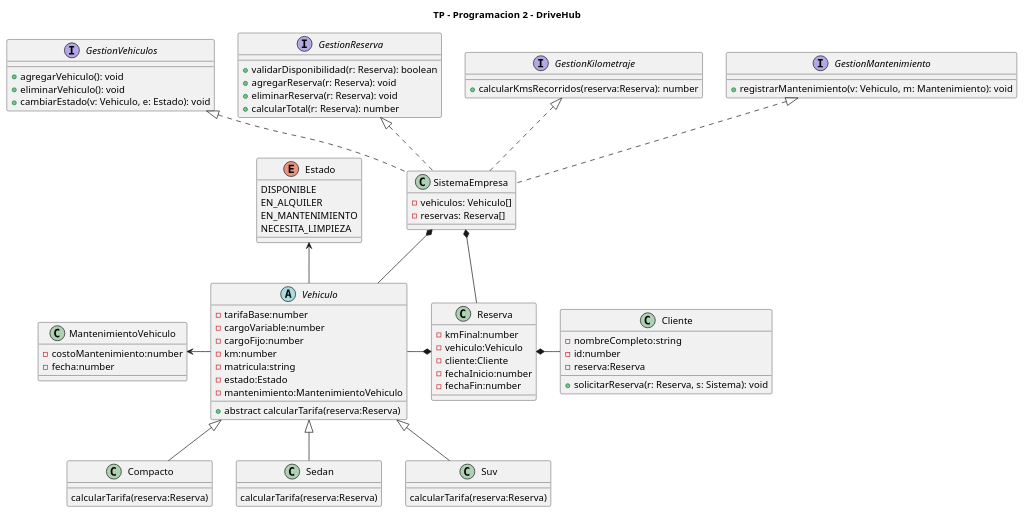
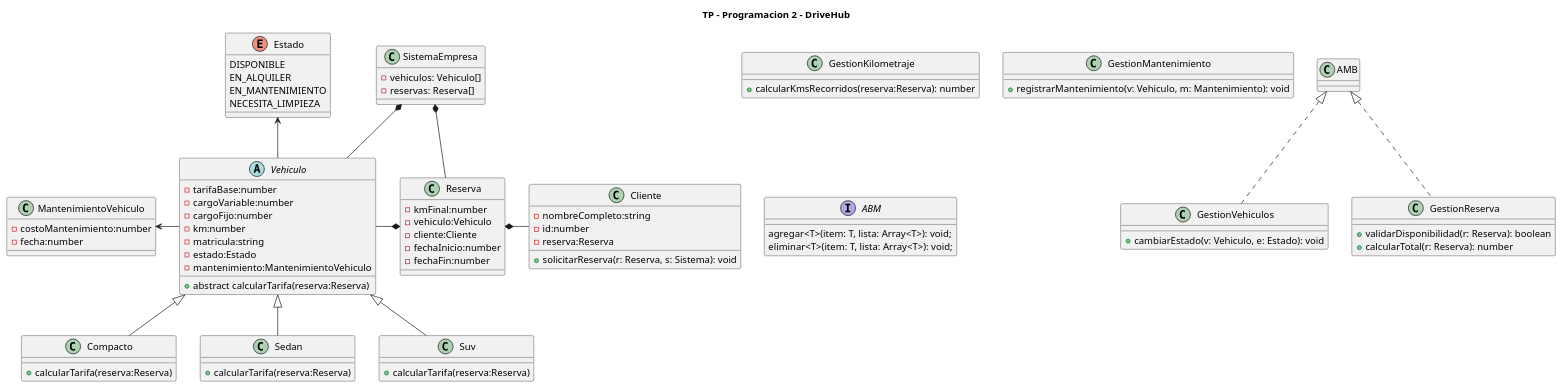
Before and after one commit to LauEroles/TP-Progra2-DriveHub: the diagram in Diagramas/diagramaClases-DriveHub.puml, drawn with PlantUML. The commit also changed 2 other files, not shown here.

Commit message:
agrego interfaz amb, cambio de interfaces por clases concretas, cambio diagrama (sesion grupal)

```diff
--- a/Diagramas/diagramaClases-DriveHub.puml
+++ b/Diagramas/diagramaClases-DriveHub.puml
@@ -1,158 +1,137 @@
 @startuml DriveHub
 
 title TP - Programacion 2 - DriveHub
 
-'Composicion
 
-
-class SistemaEmpresa{
-    -vehiculos: Vehiculo[]
-    -reservas: Reserva[]
+class SistemaEmpresa {
+    - vehiculos: Vehiculo[]
+    - reservas: Reserva[]
 }
 
-
-class Reserva{
-    -kmFinal:number
-    -vehiculo:Vehiculo
-    -cliente:Cliente
-    -fechaInicio:number
-    -fechaFin:number
+class Reserva {
+    - kmFinal:number
+    - vehiculo:Vehiculo
+    - cliente:Cliente
+    - fechaInicio:number
+    - fechaFin:number
 }
 
-class Cliente{
-
-    -nombreCompleto:string
-    -id:number
+class Cliente {
+    - nombreCompleto:string
+    - id:number
     'El cliente puede instanciarse sin reserva por parametro, 
     'podemos setearla luego cuando se le asigna la reserva
-    -reserva:Reserva
+    - reserva:Reserva
     + solicitarReserva(r: Reserva, s: Sistema): void  
 
 }
 
 'Herencia Vehiculo a sus clases hijas
-abstract class Vehiculo{
-    
-    -tarifaBase:number
+abstract class Vehiculo {
+    - tarifaBase:number
     'Podria haber una clase cargo que nos permita manejar de manera
     'abstracta los cargos y luego en vehiculo tener una lista de cargos
     'que pueden ser variables o fijos y el dia de mañana 
     'para flexibilizar mas la solucion si se agregan nuevos vehiculos??
-    -cargoVariable:number
-    -cargoFijo:number
-    -km:number
-    -matricula:string
-    -estado:Estado
-    -mantenimiento:MantenimientoVehiculo
-    +abstract calcularTarifa(reserva:Reserva)
+    - cargoVariable:number
+    - cargoFijo:number
+    - km:number
+    - matricula:string
+    - estado:Estado
+    - mantenimiento:MantenimientoVehiculo
+    + abstract calcularTarifa(reserva:Reserva)
 
 }
 
 class Compacto {
-    'podemos usar constante en kmMax para aplicar cargo?
-    calcularTarifa(reserva:Reserva)
+    + calcularTarifa(reserva:Reserva)
 
 }
 
-class Sedan{
-    calcularTarifa(reserva:Reserva)
-
+class Sedan {
+    + calcularTarifa(reserva:Reserva)
 }
 
-class Suv{
-
- 'o la otra opcion es colocar el cargo fijo (del seguro por aqui)
-    calcularTarifa(reserva:Reserva)
-
+class Suv {
+    + calcularTarifa(reserva:Reserva)
 }
 
 'Atributo de vehiculo
-enum Estado{
+enum Estado {
     DISPONIBLE
     EN_ALQUILER
     EN_MANTENIMIENTO
     NECESITA_LIMPIEZA
-
 }
 
 'Atributo del vehiculo
-class MantenimientoVehiculo{
-    -costoMantenimiento:number
+class MantenimientoVehiculo {
+    - costoMantenimiento:number
     'usar libreria moment (refactor)
-    -fecha:number
+    - fecha:number
 }
 
 
-'Interfaces
-
-interface GestionVehiculos {
-    + agregarVehiculo(): void  
-    ' Agrega un vehiculo a la lista
-    + eliminarVehiculo(): void  
-    ' Elimina un vehiculo de la lista
+class GestionVehiculos {
     + cambiarEstado(v: Vehiculo, e: Estado): void  
     ' Le cambia el Estado (enum) a un vehiculo (a traves de su setter)
 }
 
 
-interface GestionReserva {
+class GestionReserva {
     + validarDisponibilidad(r: Reserva): boolean  
     ' Valida la disponibilidad del vehículo para las fechas solicitadas
-    + agregarReserva(r: Reserva): void  
-    ' Agrega una reserva a la lista
-    + eliminarReserva(r: Reserva): void  
-    ' Elimina una reserva de la lista
     + calcularTotal(r: Reserva): number  
     ' Podriamos calcular el total usando calcularCostoVariable() del vehiculo y sumar la tarifa base 
     ' (y costo fijo) aca, para que el vehiculo solo calcule su costo variable y no el total de la reserva
 }
 
 
 
-interface GestionKilometraje {
+class GestionKilometraje {
     + calcularKmsRecorridos(reserva:Reserva): number  
     ' Calcula los kms recorridos en una reserva (kmFinal - kmInicial)
     ' Esto lo sacaría tal vez y haría que Reserva tenga un método kmsRecorridos() que los calcule
     ' ya que ella misma posee kmInicial y kmFinal (seteado despues), y que calcularTotal() en GestionReserva llame a ese método
 }
 
 
-interface GestionMantenimiento {
+class GestionMantenimiento {
     + registrarMantenimiento(v: Vehiculo, m: Mantenimiento): void  
     ' Si mas adelante nos solicita podemos ver si el auto requiere o no mantenimiento
     ' Le agrega un mantenimiento a un vehiculo
     ' Vehiculo podría tener un array de mantenimentos (tipo Mantenimiento) para tener registrados todos los que se le hacen
     ' Objeto mantenimento tiene fecha y costo (simil estructura de datos)
 }
 
+interface ABM {
+    agregar<T>(item: T, lista: Array<T>): void;
+    eliminar<T>(item: T, lista: Array<T>): void;
+}
 
 
 
 'Relaciones:
 
 'Herencia
 Vehiculo<|--Sedan
 Vehiculo<|--Suv
 Vehiculo<|--Compacto
 
 'Atributos de vehiculo
 Vehiculo-l->MantenimientoVehiculo
 Vehiculo-u->Estado
 
 'Composición
 Reserva*-r- Cliente
 Reserva*-l- Vehiculo
 SistemaEmpresa*-- Vehiculo
 SistemaEmpresa*-- Reserva
 
 
 'Implementacion interfaces:
-GestionVehiculos<|..SistemaEmpresa
-GestionReserva<|..SistemaEmpresa
-GestionKilometraje<|..SistemaEmpresa
-GestionMantenimiento<|..SistemaEmpresa
-
-
+AMB <|.. GestionReserva
+AMB <|.. GestionVehiculos
 
 
 @enduml
```
